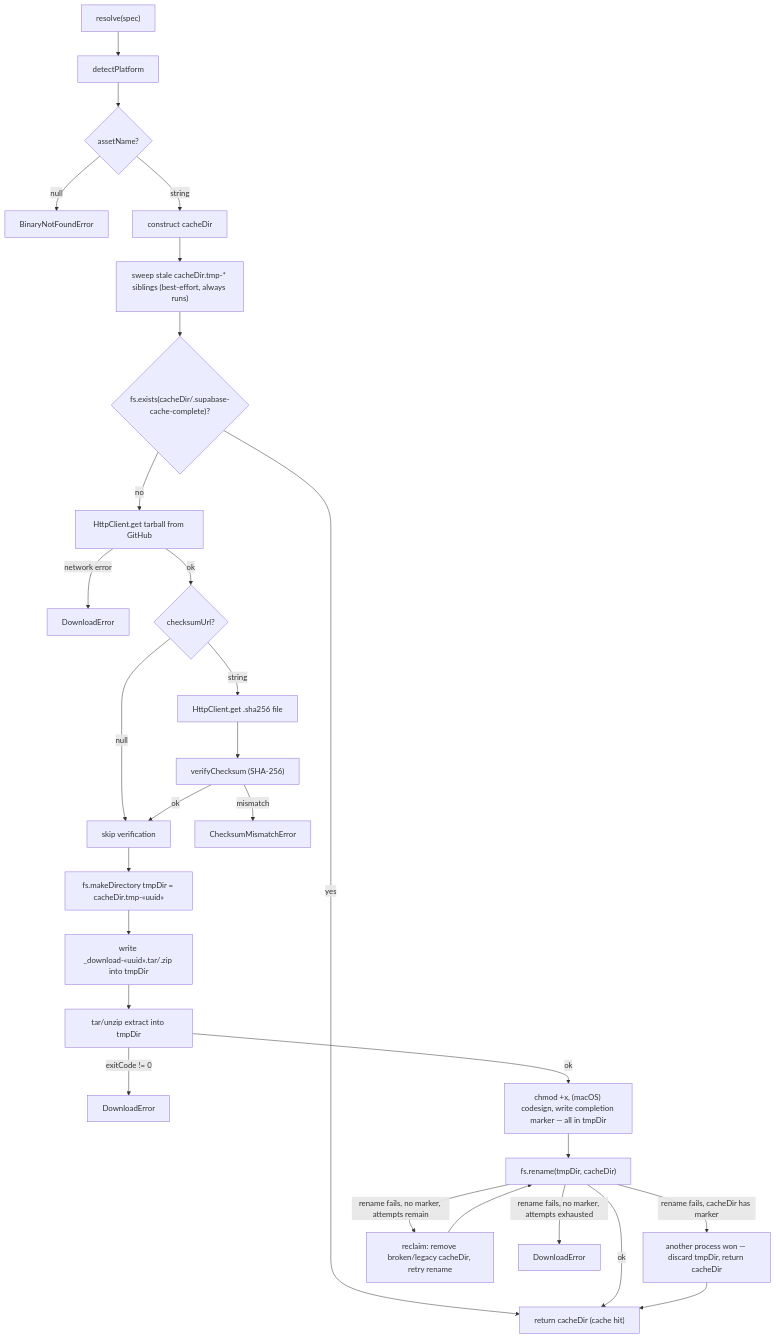
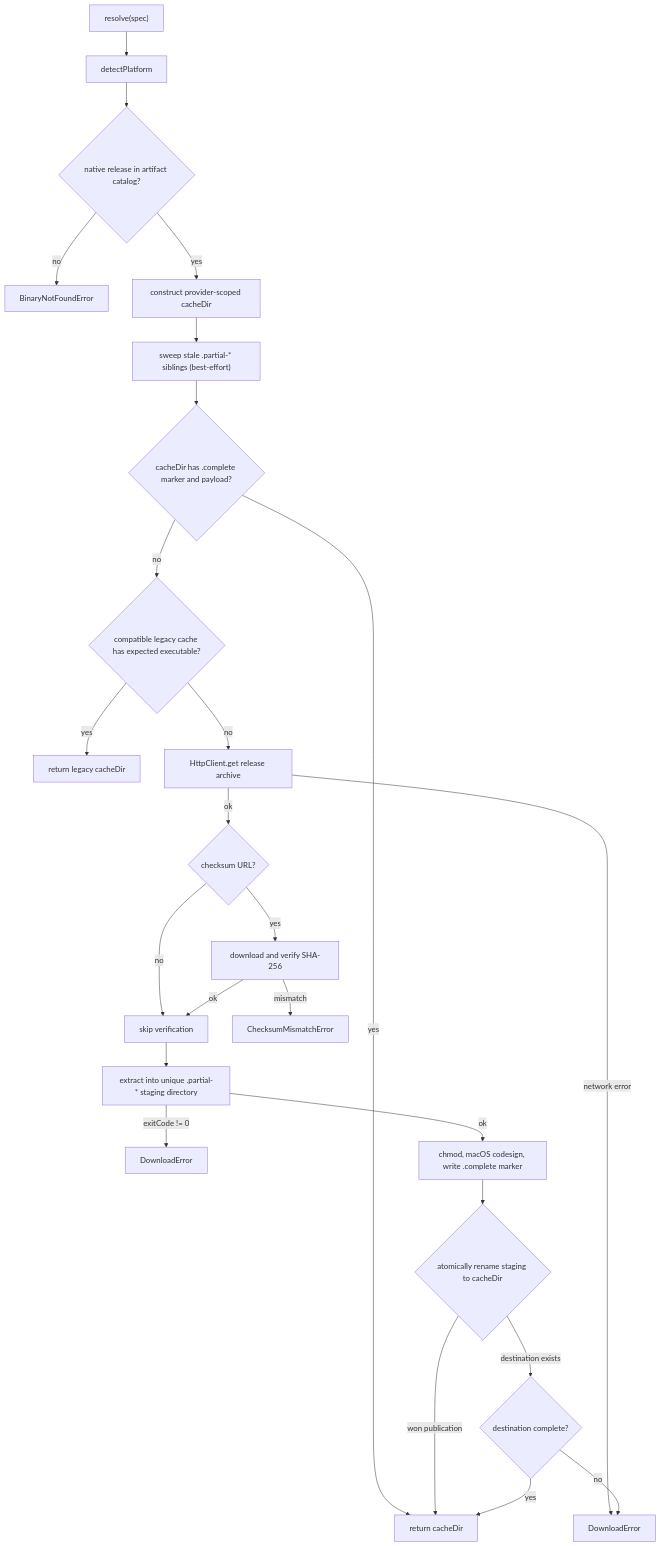
One commit to supabase/cli changed the fourth of 9 diagrams in packages/stack/docs/architecture.md. Above: the diagram before and after it, drawn with Mermaid. The commit also changed other lines of this file and 55 other files, not shown here.

````diff
--- a/packages/stack/docs/architecture.md
+++ b/packages/stack/docs/architecture.md
@@ -265,30 +265,27 @@
 ```mermaid
 flowchart TD
     A["resolve(spec)"] --> B["detectPlatform"]
-    B --> C{"assetName?"}
-    C -->|"null"| D["BinaryNotFoundError"]
-    C -->|"string"| E["construct cacheDir"]
-    E --> F2["sweep stale cacheDir.tmp-* siblings (best-effort, always runs)"]
-    F2 --> F{"fs.exists(cacheDir/.supabase-cache-complete)?"}
-    F -->|"yes"| G["return cacheDir (cache hit)"]
-    F -->|"no"| H["HttpClient.get tarball from GitHub"]
-    H -->|"network error"| I["DownloadError"]
-    H -->|"ok"| J{"checksumUrl?"}
-    J -->|"null"| L["skip verification"]
-    J -->|"string"| K["HttpClient.get .sha256 file"]
-    K --> M["verifyChecksum (SHA-256)"]
-    M -->|"mismatch"| N["ChecksumMismatchError"]
-    M -->|"ok"| L
-    L --> O["fs.makeDirectory tmpDir = cacheDir.tmp-«uuid»"]
-    O --> P["write _download-«uuid».tar/.zip into tmpDir"]
-    P --> Q["tar/unzip extract into tmpDir"]
-    Q -->|"exitCode != 0"| R["DownloadError"]
-    Q -->|"ok"| T["chmod +x, (macOS) codesign, write completion marker — all in tmpDir"]
-    T --> U["fs.rename(tmpDir, cacheDir)"]
-    U -->|"ok"| G
-    U -->|"rename fails, cacheDir has marker"| V["another process won — discard tmpDir, return cacheDir"]
-    U -->|"rename fails, no marker, attempts remain"| W["reclaim: remove broken/legacy cacheDir, retry rename"]
-    U -->|"rename fails, no marker, attempts exhausted"| X["DownloadError"]
-    W --> U
-    V --> G
+    B --> C{"native release in artifact catalog?"}
+    C -->|"no"| D["BinaryNotFoundError"]
+    C -->|"yes"| E["construct provider-scoped cacheDir"]
+    E --> F["sweep stale .partial-* siblings (best-effort)"]
+    F --> G{"cacheDir has .complete marker and payload?"}
+    G -->|"yes"| H["return cacheDir"]
+    G -->|"no"| I{"compatible legacy cache has expected executable?"}
+    I -->|"yes"| J["return legacy cacheDir"]
+    I -->|"no"| M["HttpClient.get release archive"]
+    M -->|"network error"| N["DownloadError"]
+    M -->|"ok"| O{"checksum URL?"}
+    O -->|"no"| Q["skip verification"]
+    O -->|"yes"| P["download and verify SHA-256"]
+    P -->|"mismatch"| R["ChecksumMismatchError"]
+    P -->|"ok"| Q
+    Q --> S["extract into unique .partial-* staging directory"]
+    S -->|"exitCode != 0"| T["DownloadError"]
+    S -->|"ok"| U["chmod, macOS codesign, write .complete marker"]
+    U --> V{"atomically rename staging to cacheDir"}
+    V -->|"won publication"| H
+    V -->|"destination exists"| W{"destination complete?"}
+    W -->|"yes"| H
+    W -->|"no"| N
 ```
````
